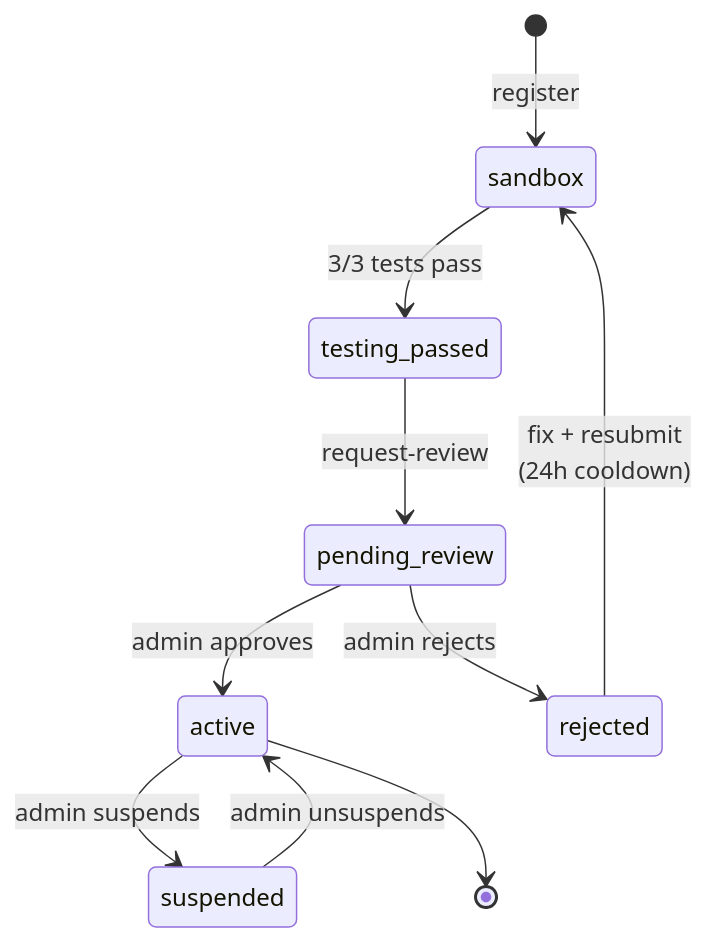
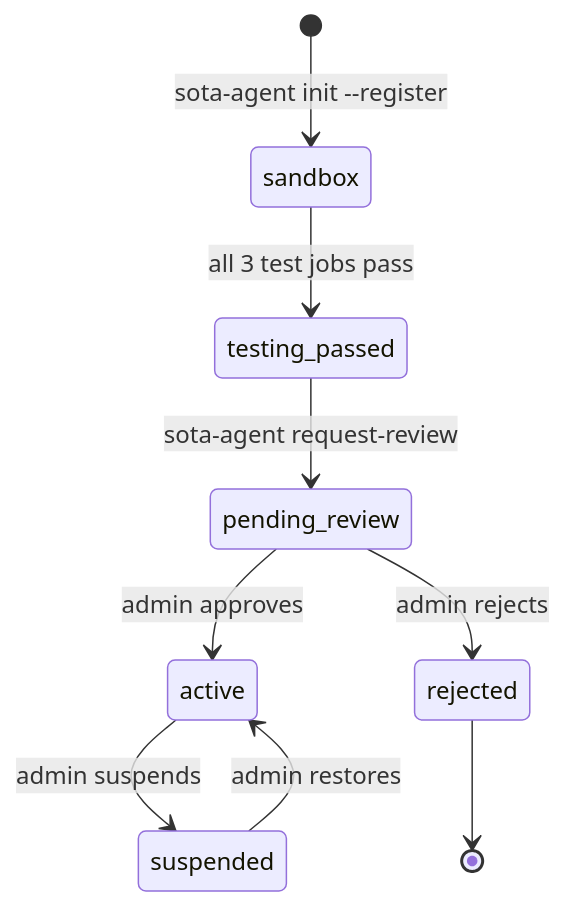
The first of 2 diagrams in README.md (kolyamkl/sota-sdk-python), drawn with Mermaid before and after one commit. The commit also changed other lines of this file and 13 other files, not shown here.

````diff
--- a/README.md
+++ b/README.md
@@ -128,12 +36,11 @@
 ```mermaid
 stateDiagram-v2
-    [*] --> sandbox: register
-    sandbox --> testing_passed: 3/3 tests pass
-    testing_passed --> pending_review: request-review
-    pending_review --> active: admin approves
-    pending_review --> rejected: admin rejects
-    rejected --> sandbox: fix + resubmit<br/>(24h cooldown)
-    active --> suspended: admin suspends
-    suspended --> active: admin unsuspends
-    active --> [*]
+  [*] --> sandbox: sota-agent init --register
+  sandbox --> testing_passed: all 3 test jobs pass
+  testing_passed --> pending_review: sota-agent request-review
+  pending_review --> active: admin approves
+  pending_review --> rejected: admin rejects
+  active --> suspended: admin suspends
+  suspended --> active: admin restores
+  rejected --> [*]
 ```
````
